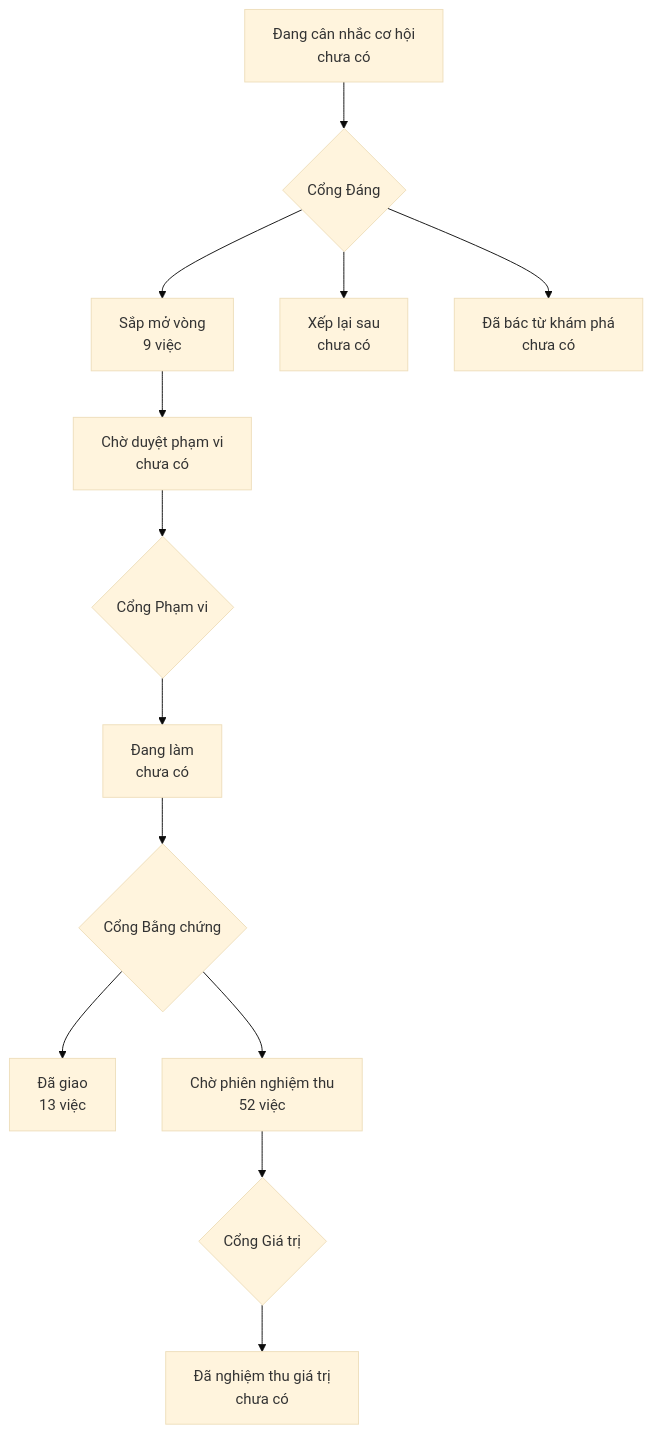
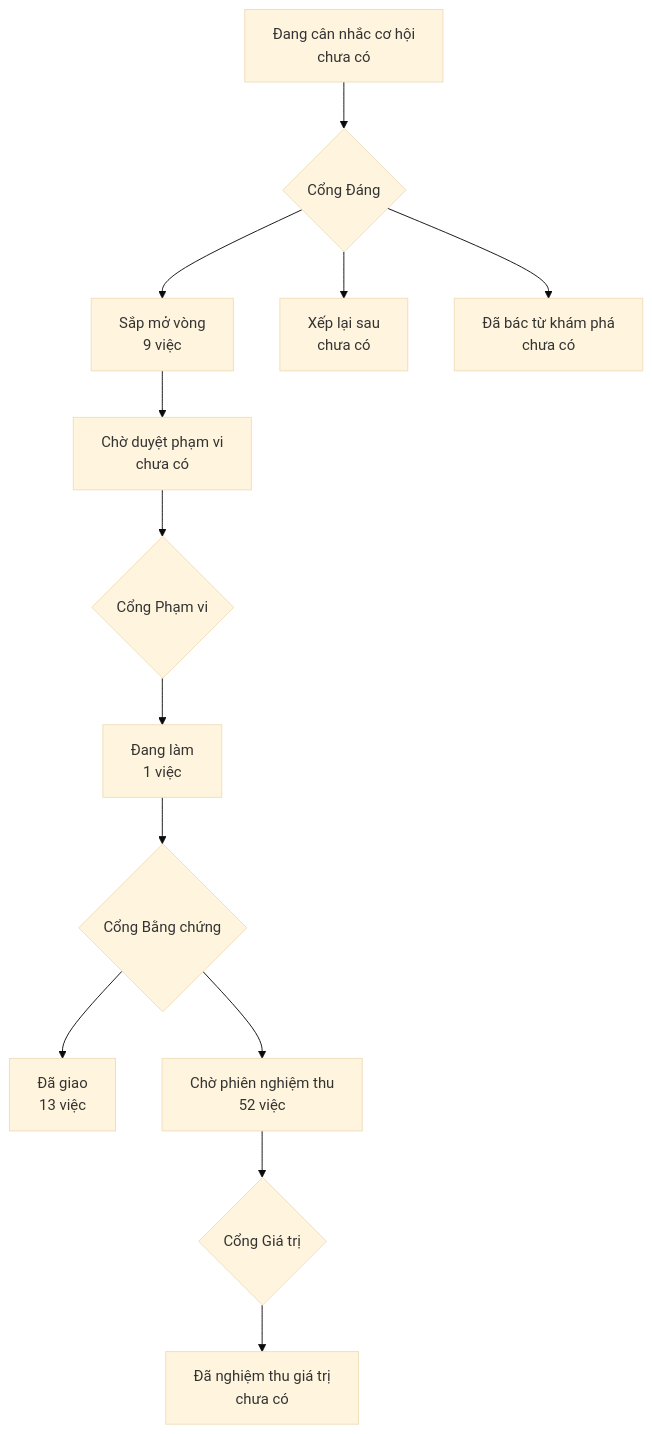
Before and after one commit to phanlemanh/onehub-inventory: the diagram in PRODUCT-MAP.md, drawn with Mermaid (base theme). The commit also changed other lines of this file and 21 other files, not shown here.

First line of the commit message:
docs(acceptance): Gate 1 of roadmap-merge-driver approved by Phan Le Manh

````diff
--- a/PRODUCT-MAP.md
+++ b/PRODUCT-MAP.md
@@ -7,12 +7,12 @@
 ```mermaid
 flowchart TD
   A["Đang cân nhắc cơ hội<br/>chưa có"] --> GD{"Cổng Đáng"}
   GD --> B["Sắp mở vòng<br/>9 việc"]
   GD --> XL["Xếp lại sau<br/>chưa có"]
   GD --> DB["Đã bác từ khám phá<br/>chưa có"]
   B --> CD["Chờ duyệt phạm vi<br/>chưa có"] --> GP{"Cổng Phạm vi"}
-  GP --> DL["Đang làm<br/>chưa có"] --> GB{"Cổng Bằng chứng"}
+  GP --> DL["Đang làm<br/>1 việc"] --> GB{"Cổng Bằng chứng"}
   GB --> DG["Đã giao<br/>13 việc"]
   GB --> CN["Chờ phiên nghiệm thu<br/>52 việc"] --> GG{"Cổng Giá trị"}
   GG --> NT["Đã nghiệm thu giá trị<br/>chưa có"]
 ```
````
